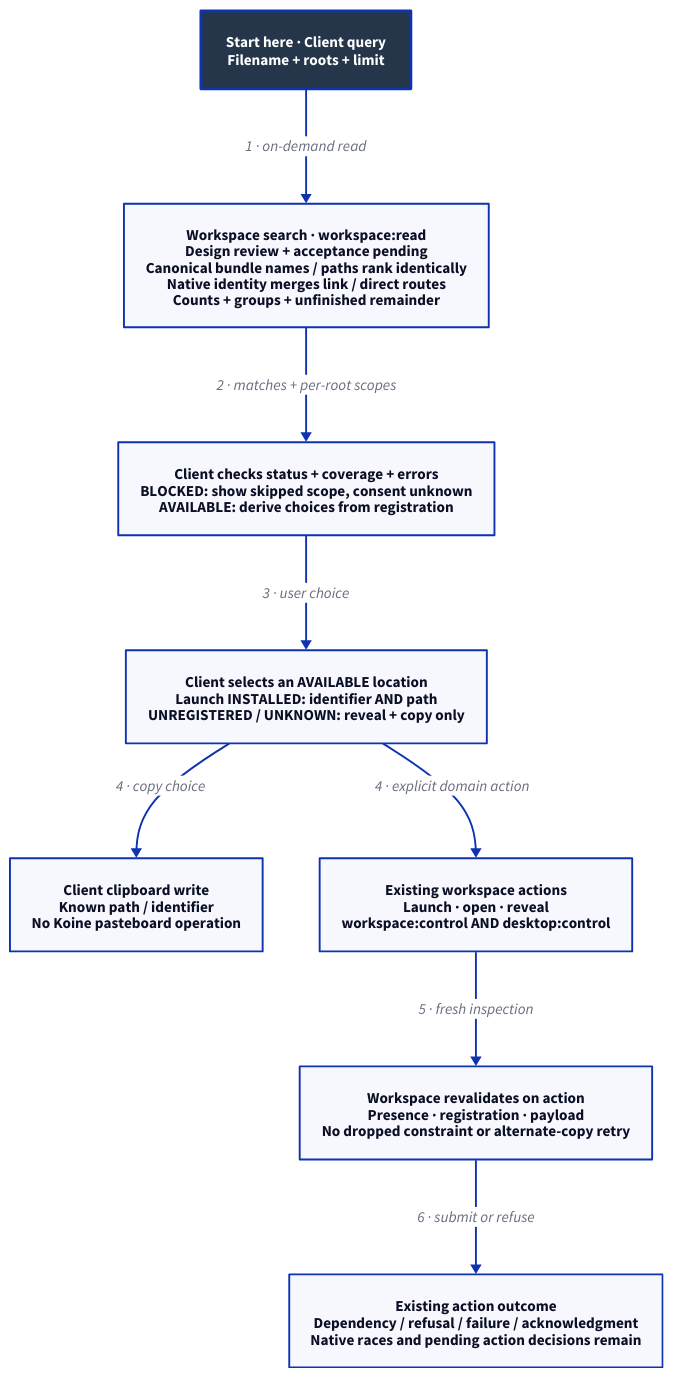
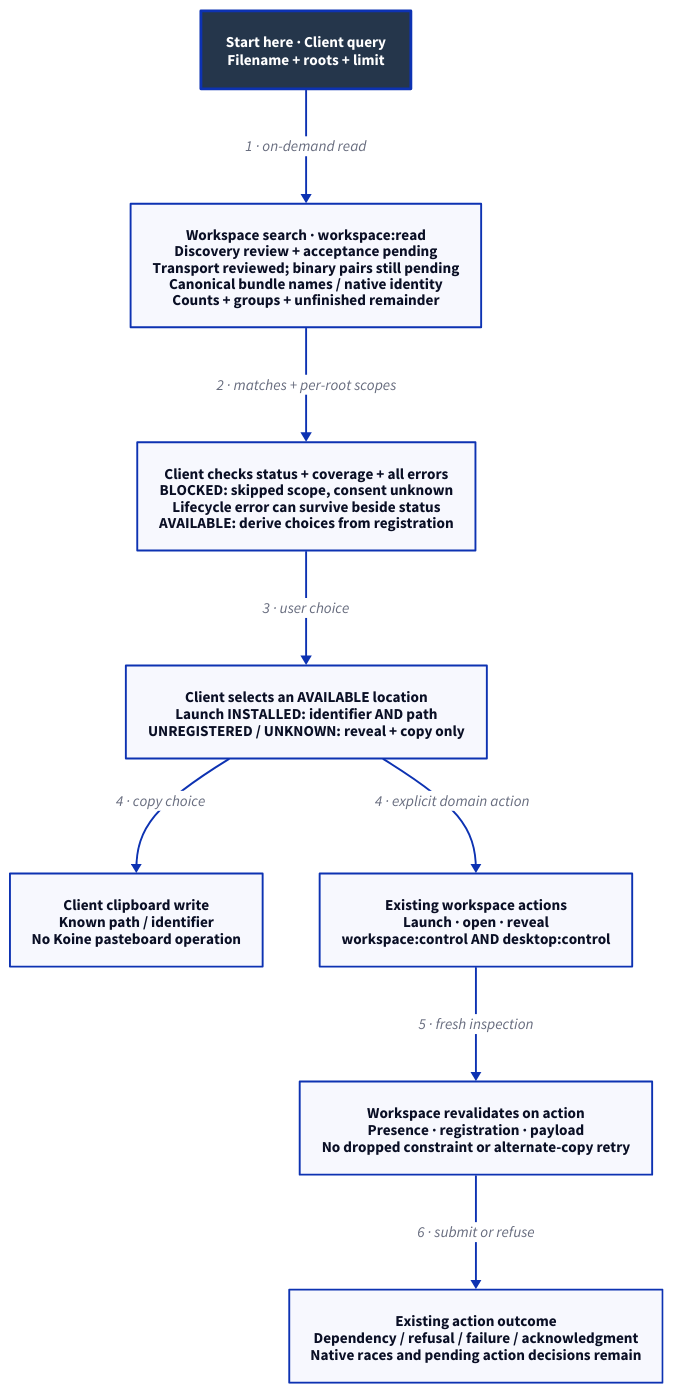
Before and after one commit to Linkuistics/Koine: the diagram in docs/design/architecture/search-handoff.d2, drawn with D2. The commit also changed 19 other files, not shown here.

Commit message:
search-permission-transport-k103: integrate all seven transport review findings and separate retained compatibility subjects from search release checks

```diff
--- a/docs/design/architecture/search-handoff.d2
+++ b/docs/design/architecture/search-handoff.d2
@@ -1,20 +1,20 @@
 # Designed component/data handoff. Source roles, not deployment containers.
 direction: down
 classes: {
   start: {style: {fill: "#25364B"; font-color: "#FFFFFF"; bold: true; stroke-width: 3}}
 }
 Start: "Start here · Client query\nFilename + roots + limit" {class: start}
-Search: "Workspace search · workspace:read\nDesign review + acceptance pending\nCanonical bundle names / paths rank identically\nNative identity merges link / direct routes\nCounts + groups + unfinished remainder"
-Choices: "Client checks status + coverage + errors\nBLOCKED: show skipped scope, consent unknown\nAVAILABLE: derive choices from registration"
+Search: "Workspace search · workspace:read\nDiscovery review + acceptance pending\nTransport reviewed; binary pairs still pending\nCanonical bundle names / native identity\nCounts + groups + unfinished remainder"
+Choices: "Client checks status + coverage + all errors\nBLOCKED: skipped scope, consent unknown\nLifecycle error can survive beside status\nAVAILABLE: derive choices from registration"
 Selected: "Client selects an AVAILABLE location\nLaunch INSTALLED: identifier AND path\nUNREGISTERED / UNKNOWN: reveal + copy only"
 Clipboard: "Client clipboard write\nKnown path / identifier\nNo Koine pasteboard operation"
 Action: "Existing workspace actions\nLaunch · open · reveal\nworkspace:control AND desktop:control"
 Revalidate: "Workspace revalidates on action\nPresence · registration · payload\nNo dropped constraint or alternate-copy retry"
 Outcome: "Existing action outcome\nDependency / refusal / failure / acknowledgment\nNative races and pending action decisions remain"
 Start -> Search: "1 · on-demand read"
 Search -> Choices: "2 · matches + per-root scopes"
 Choices -> Selected: "3 · user choice"
 Selected -> Clipboard: "4 · copy choice"
 Selected -> Action: "4 · explicit domain action"
 Action -> Revalidate: "5 · fresh inspection"
 Revalidate -> Outcome: "6 · submit or refuse"
```
